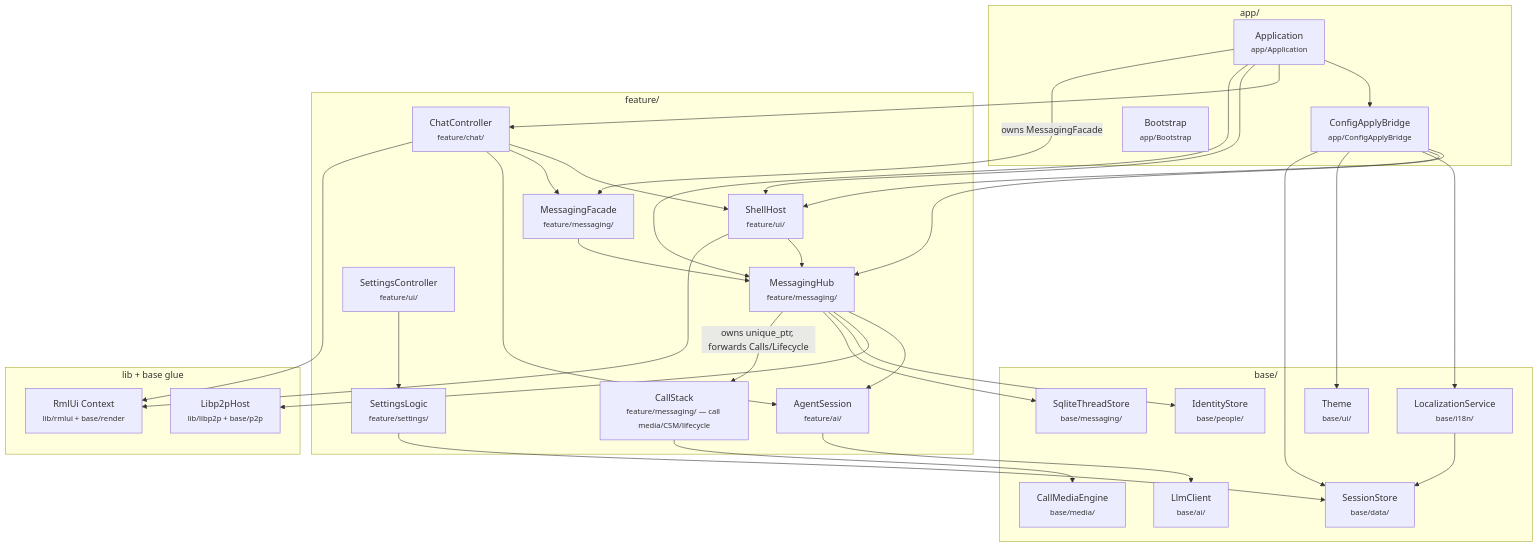
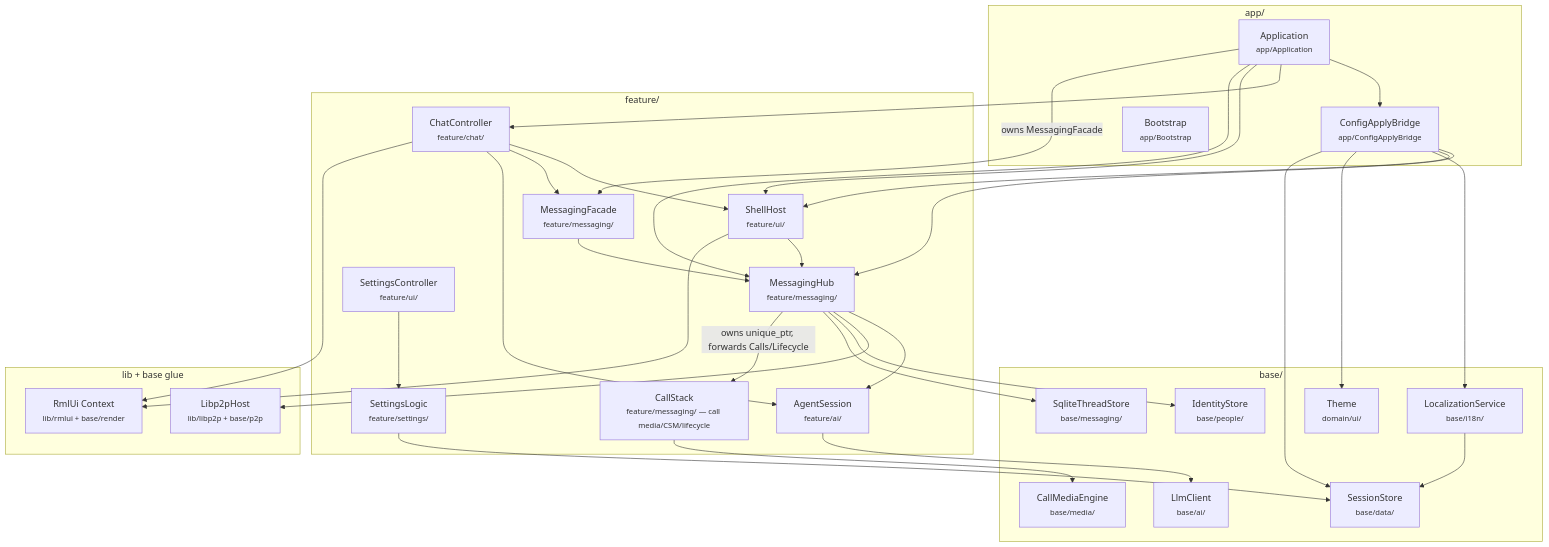
Before and after one commit to people-post/pp-browser: the first of 4 diagrams in docs/architecture/RUNTIME_COMPOSITION.md, drawn with Mermaid. The commit also changed other lines of this file and 100 other files, not shown here.

````diff
--- a/docs/architecture/RUNTIME_COMPOSITION.md
+++ b/docs/architecture/RUNTIME_COMPOSITION.md
@@ -18,63 +18,63 @@
 ```mermaid
 flowchart TB
   subgraph app_layer["app/"]
     Application["Application<br/><small>app/Application</small>"]
     ConfigApplyBridge["ConfigApplyBridge<br/><small>app/ConfigApplyBridge</small>"]
     Bootstrap["Bootstrap<br/><small>app/Bootstrap</small>"]
   end
 
   subgraph feature_layer["feature/"]
     SettingsLogic["SettingsLogic<br/><small>feature/settings/</small>"]
     AgentSession["AgentSession<br/><small>feature/ai/</small>"]
     MessagingHub["MessagingHub<br/><small>feature/messaging/</small>"]
     CallStack["CallStack<br/><small>feature/messaging/ — call media/CSM/lifecycle</small>"]
     MessagingFacade["MessagingFacade<br/><small>feature/messaging/</small>"]
     ShellHost["ShellHost<br/><small>feature/ui/</small>"]
     SettingsController["SettingsController<br/><small>feature/ui/</small>"]
     ChatController["ChatController<br/><small>feature/chat/</small>"]
   end
 
   subgraph base_layer["base/"]
     SessionStore["SessionStore<br/><small>base/data/</small>"]
     LocalizationService["LocalizationService<br/><small>base/i18n/</small>"]
-    Theme["Theme<br/><small>base/ui/</small>"]
+    Theme["Theme<br/><small>domain/ui/</small>"]
     IdentityStore["IdentityStore<br/><small>base/people/</small>"]
     ThreadStore["SqliteThreadStore<br/><small>base/messaging/</small>"]
     LlmClient["LlmClient<br/><small>base/ai/</small>"]
     CallMediaEngine["CallMediaEngine<br/><small>base/media/</small>"]
   end
 
   subgraph libs["lib + base glue"]
     RmlUi["RmlUi Context<br/><small>lib/rmlui + base/render</small>"]
     Libp2p["Libp2pHost<br/><small>lib/libp2p + base/p2p</small>"]
   end
 
   Application --> ConfigApplyBridge
   Application --> ChatController
   Application --> ShellHost
   Application --> MessagingHub
   Application -->|owns MessagingFacade| MessagingFacade
   MessagingFacade --> MessagingHub
   ConfigApplyBridge --> MessagingHub
   ConfigApplyBridge --> ShellHost
   ConfigApplyBridge --> LocalizationService
   ConfigApplyBridge --> Theme
   ConfigApplyBridge --> SessionStore
 
   ChatController --> ShellHost
   ChatController --> MessagingFacade
   ChatController --> AgentSession
   ShellHost --> MessagingHub
   SettingsController --> SettingsLogic
   MessagingHub --> AgentSession
   MessagingHub --> Libp2p
   MessagingHub --> IdentityStore
   MessagingHub --> ThreadStore
   MessagingHub -->|owns unique_ptr, forwards Calls/Lifecycle| CallStack
   CallStack --> CallMediaEngine
   ShellHost --> RmlUi
   ChatController --> RmlUi
   SettingsLogic --> SessionStore
   AgentSession --> LlmClient
   LocalizationService --> SessionStore
 ```
````
